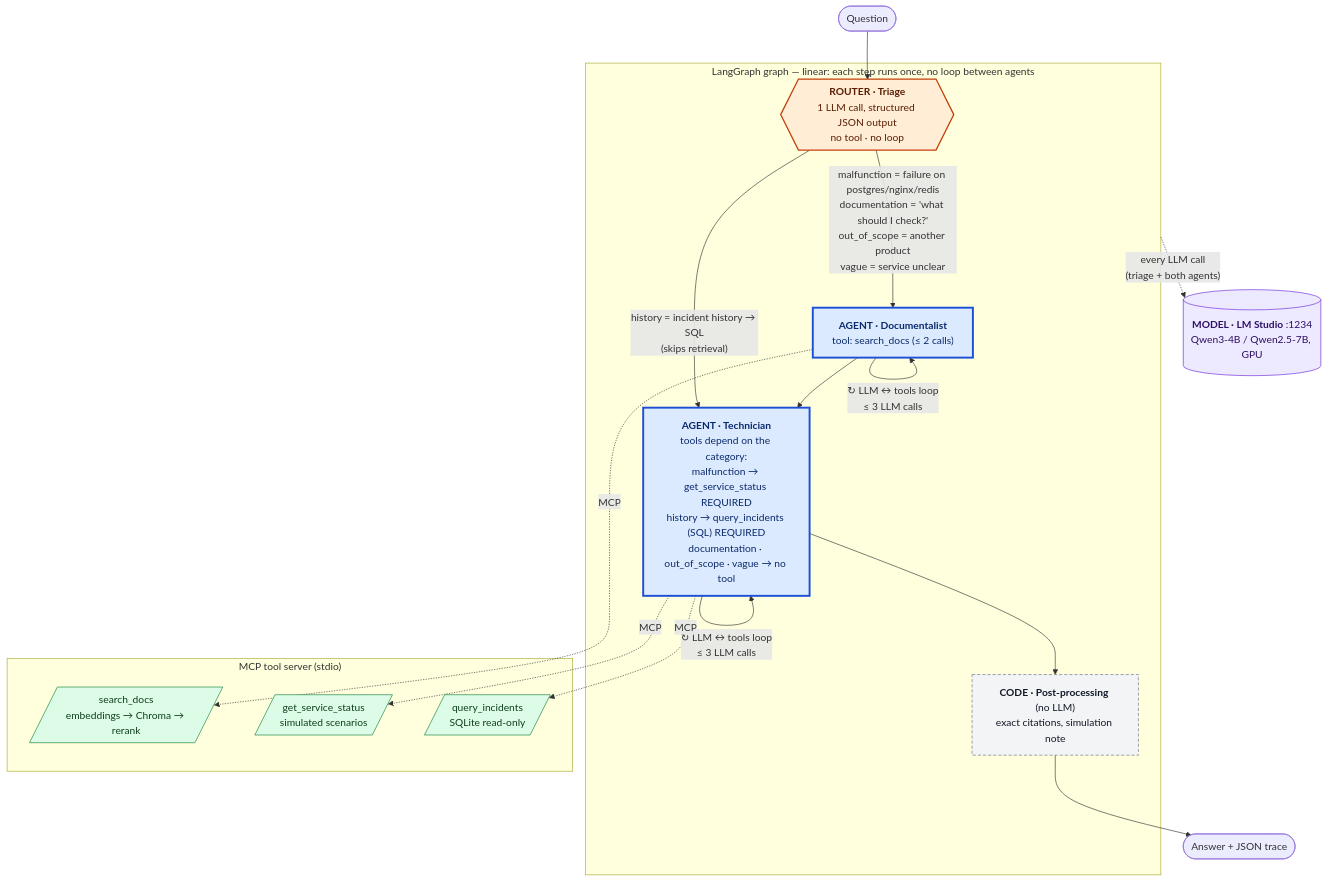
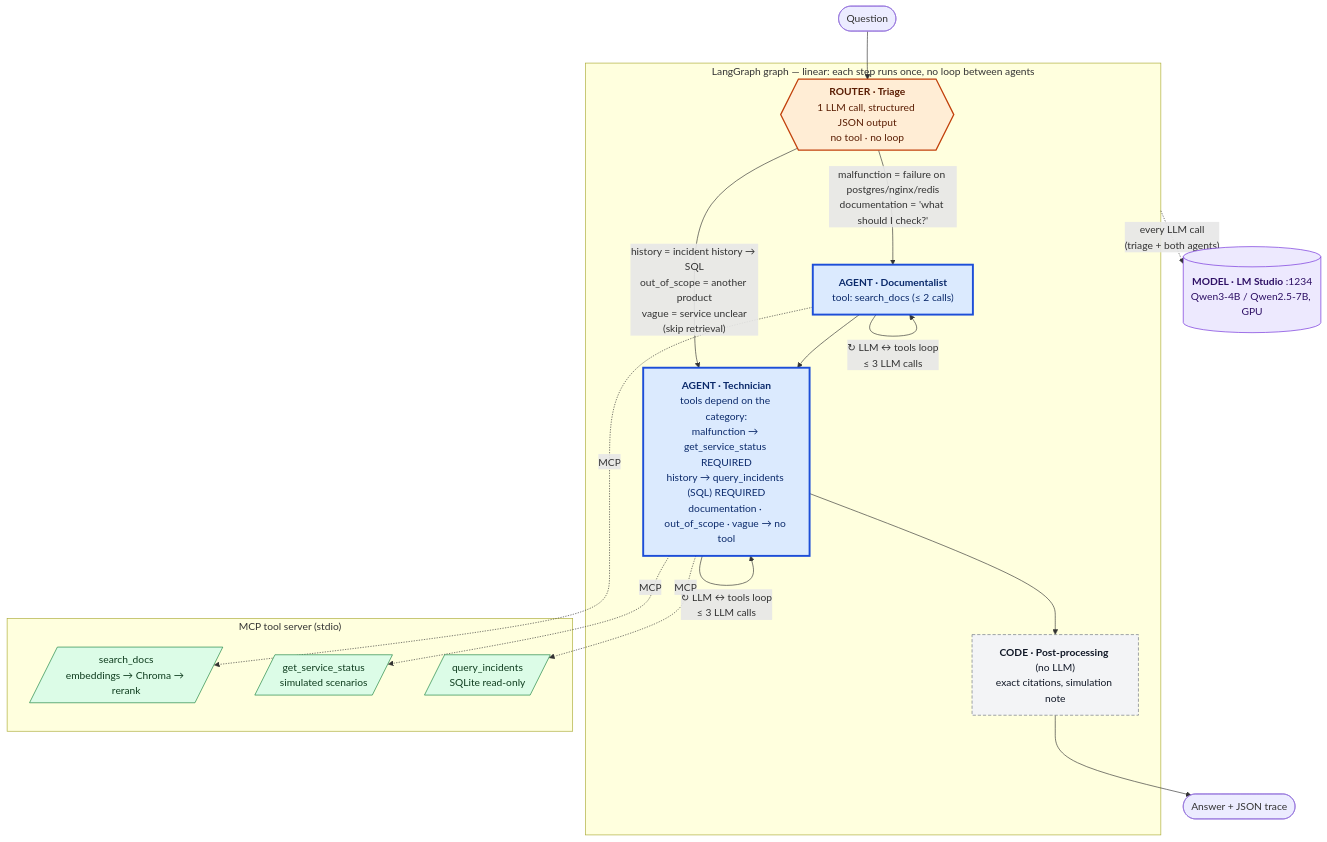
The first of 2 diagrams in README.md (StephaneHe/HelloSupport), drawn with Mermaid before and after one commit. The commit also changed other lines of this file and 20 other files, not shown here.

First line of the commit message:
Route out_of_scope and vague questions straight to the technician (v1.10.0)

````diff
--- a/README.md
+++ b/README.md
@@ -33,40 +33,40 @@
 ```mermaid
 flowchart TB
     Q(["Question"]) --> T
 
     subgraph G["LangGraph graph — linear: each step runs once, no loop between agents"]
         T{{"<b>ROUTER · Triage</b><br/>1 LLM call, structured JSON output<br/>no tool · no loop"}}
-        T -->|"malfunction = failure on postgres/nginx/redis<br/>documentation = 'what should I check?'<br/>out_of_scope = another product<br/>vague = service unclear"| D
-        T -->|"history = incident history → SQL<br/>(skips retrieval)"| TE
+        T -->|"malfunction = failure on postgres/nginx/redis<br/>documentation = 'what should I check?'"| D
+        T -->|"history = incident history → SQL<br/>out_of_scope = another product<br/>vague = service unclear<br/>(skip retrieval)"| TE
         D["<b>AGENT · Documentalist</b><br/>tool: search_docs (≤ 2 calls)"]
         D -->|"↻ LLM ↔ tools loop<br/>≤ 3 LLM calls"| D
         D --> TE
         TE["<b>AGENT · Technician</b><br/>tools depend on the category:<br/>malfunction → get_service_status REQUIRED<br/>history → query_incidents (SQL) REQUIRED<br/>documentation · out_of_scope · vague → no tool"]
         TE -->|"↻ LLM ↔ tools loop<br/>≤ 3 LLM calls"| TE
         TE --> P["<b>CODE · Post-processing</b> (no LLM)<br/>exact citations, simulation note"]
     end
     P --> A(["Answer + JSON trace"])
 
     subgraph MCP["MCP tool server (stdio)"]
         S1[/"search_docs<br/>embeddings → Chroma → rerank"/]
         S2[/"get_service_status<br/>simulated scenarios"/]
         S3[/"query_incidents<br/>SQLite read-only"/]
     end
     D -. "MCP" .-> S1
     TE -. "MCP" .-> S2
     TE -. "MCP" .-> S3
 
     LLM[("<b>MODEL · LM Studio</b> :1234<br/>Qwen3-4B / Qwen2.5-7B, GPU")]
     G -. "every LLM call<br/>(triage + both agents)" .-> LLM
 
     classDef agent fill:#dbeafe,stroke:#1d4ed8,stroke-width:3px,color:#0b2a6b
     classDef router fill:#ffedd5,stroke:#c2410c,stroke-width:2px,color:#5a1d03
     classDef code fill:#f3f4f6,stroke:#6b7280,stroke-width:1px,stroke-dasharray:5 3,color:#111827
     classDef tool fill:#dcfce7,stroke:#15803d,color:#0f3d1f
     classDef model fill:#ede9fe,stroke:#6d28d9,color:#2e1065
     class D,TE agent
     class T router
     class P code
     class S1,S2,S3 tool
     class LLM model
 ```
````
